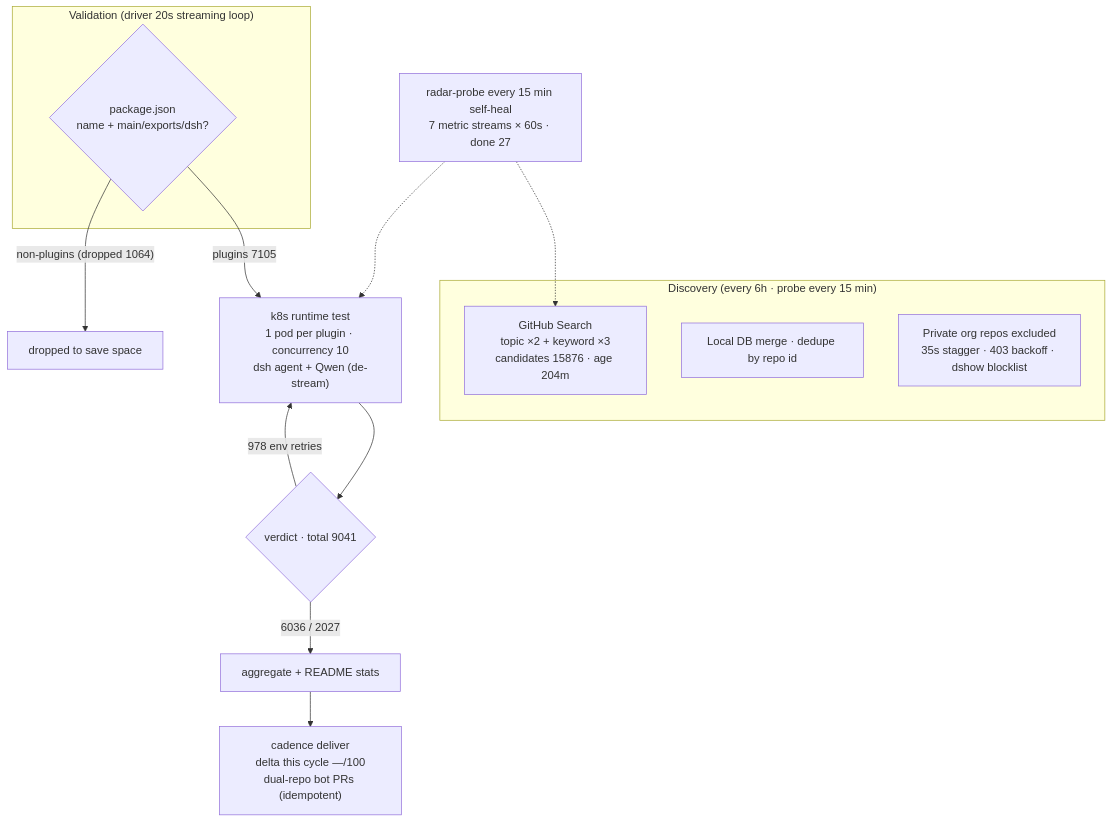
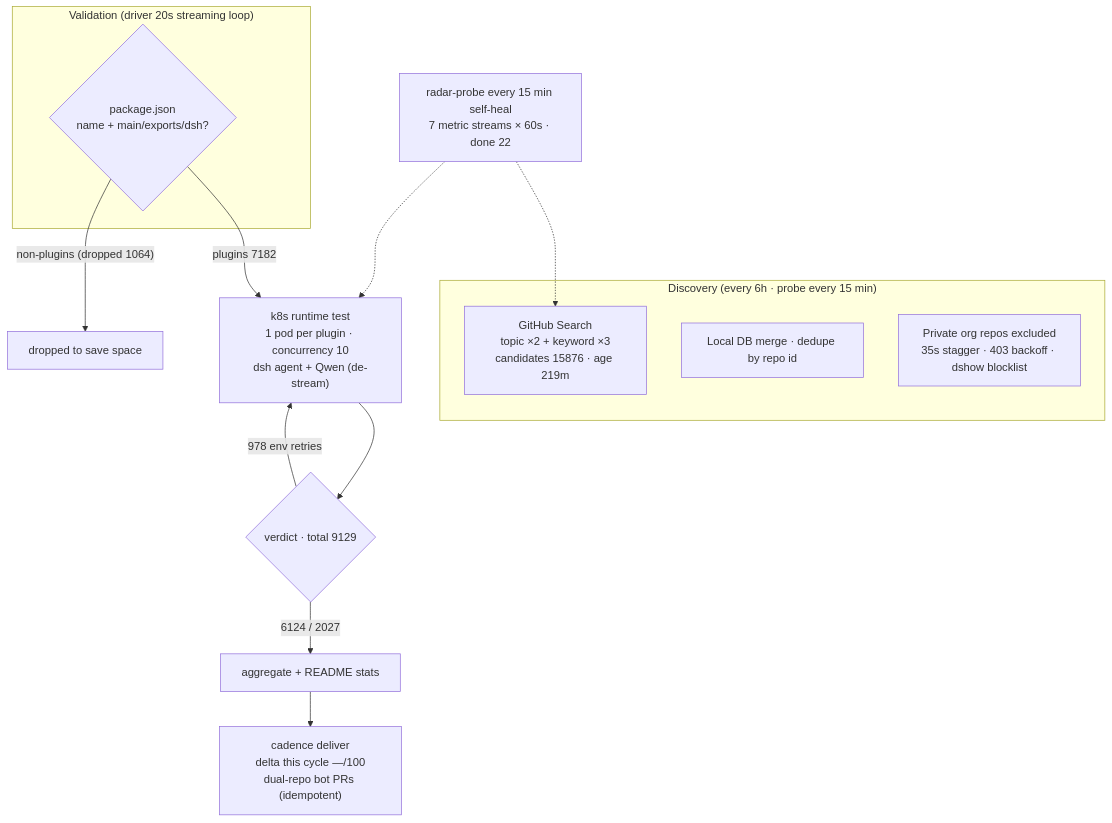
One commit to AdamPlatin123/awesome-dsh-plugins changed the diagram in README.en-US.md. Above: the diagram before and after it, drawn with Mermaid. The commit also changed other lines of this file and 4 other files, not shown here.

````diff
--- a/README.en-US.md
+++ b/README.en-US.md
@@ -30,20 +30,20 @@
 ```mermaid
 flowchart TB
     subgraph Discovery["Discovery (every 6h · probe every 15 min)"]
-        A1["GitHub Search<br/>topic ×2 + keyword ×3<br/>candidates 15876 · age 204m"]
+        A1["GitHub Search<br/>topic ×2 + keyword ×3<br/>candidates 15876 · age 219m"]
         A2["Local DB merge · dedupe by repo id"]
         A3["Private org repos excluded<br/>35s stagger · 403 backoff · dshow blocklist"]
     end
     subgraph Validation["Validation (driver 20s streaming loop)"]
         B1{"package.json<br/>name + main/exports/dsh?"}
     end
-    B1 -->|"plugins 7105"| C1["k8s runtime test<br/>1 pod per plugin · concurrency 10<br/>dsh agent + Qwen (de-stream)"]
+    B1 -->|"plugins 7182"| C1["k8s runtime test<br/>1 pod per plugin · concurrency 10<br/>dsh agent + Qwen (de-stream)"]
     B1 -->|"non-plugins (dropped 1064)"| B3["dropped to save space"]
-    C1 --> D1{"verdict · total 9041"}
-    D1 -->|"6036 / 2027"| E1["aggregate + README stats"]
+    C1 --> D1{"verdict · total 9129"}
+    D1 -->|"6124 / 2027"| E1["aggregate + README stats"]
     D1 -->|"978 env retries"| C1
     E1 --> E2["cadence deliver<br/>delta this cycle —/100<br/>dual-repo bot PRs (idempotent)"]
-    M["radar-probe every 15 min self-heal<br/>7 metric streams × 60s · done 27"]
+    M["radar-probe every 15 min self-heal<br/>7 metric streams × 60s · done 22"]
     M -.-> A1
     M -.-> C1
 ```
````
